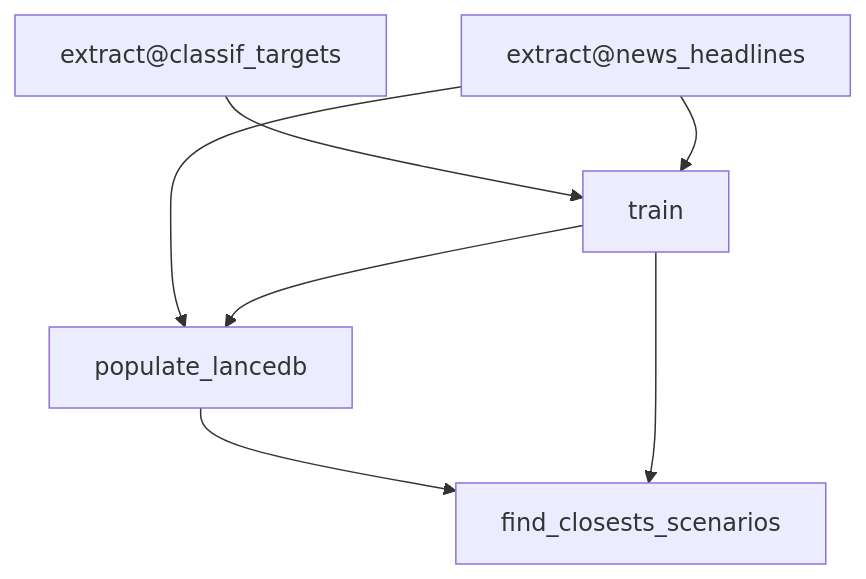
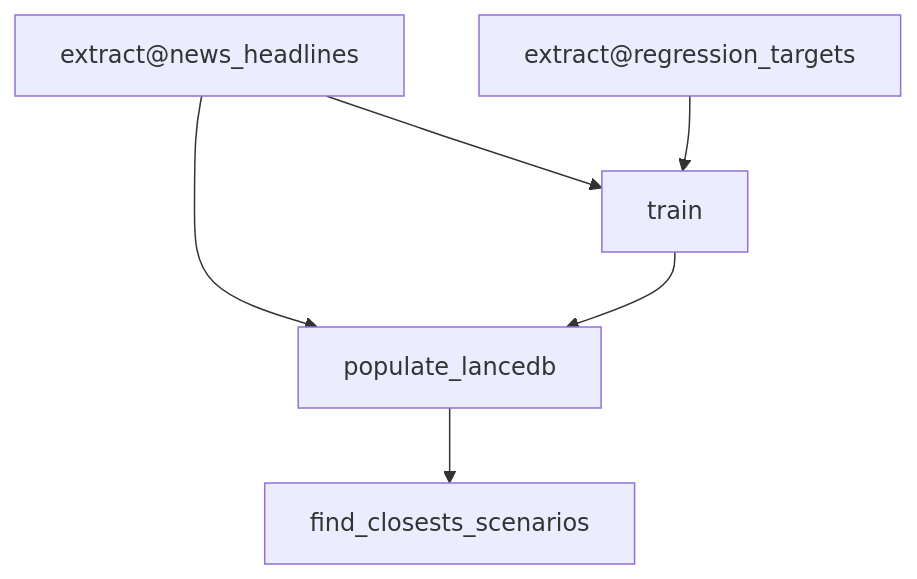
Before and after one commit to remiadon/ShockChain: the diagram in README.md, drawn with Mermaid. The commit also changed 4 other files, not shown here.

````diff
--- a/README.md
+++ b/README.md
@@ -1,14 +1,13 @@
 ```mermaid
 flowchart TD
-	node1["extract@classif_targets"]
-	node2["extract@news_headlines"]
+	node1["extract@news_headlines"]
+	node2["extract@regression_targets"]
 	node3["find_closests_scenarios"]
 	node4["populate_lancedb"]
 	node5["train"]
+	node1-->node4
 	node1-->node5
-	node2-->node4
 	node2-->node5
 	node4-->node3
-	node5-->node3
 	node5-->node4
 ```
````
